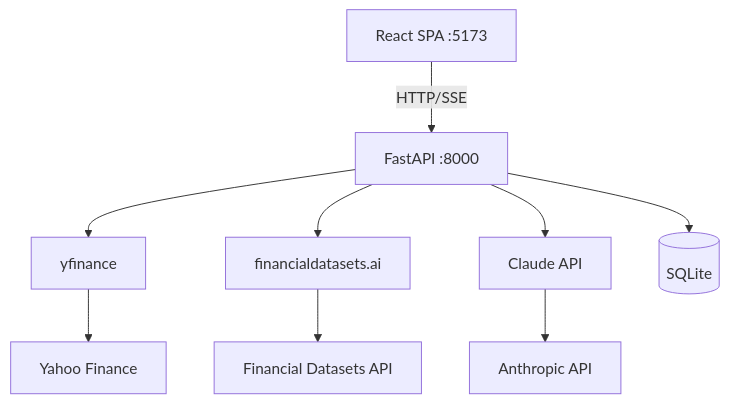
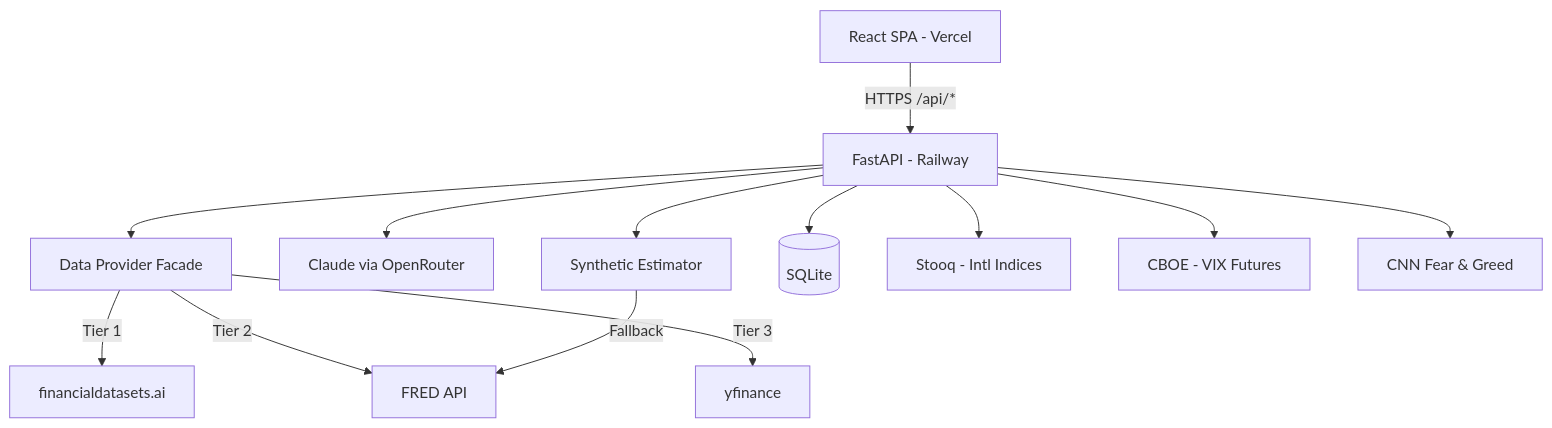
Before and after one commit to keez97/alpha-desk: the diagram in .context/architecture.md, drawn with Mermaid. The commit also changed other lines of this file and 8 other files, not shown here.

````diff
--- a/.context/architecture.md
+++ b/.context/architecture.md
@@ -4,12 +4,19 @@
 ```mermaid
 graph TD
-    Browser[React SPA :5173] -->|HTTP/SSE| API[FastAPI :8000]
-    API --> YF[yfinance]
-    API --> FDS[financialdatasets.ai]
-    API --> Claude[Claude API]
-    API --> DB[(SQLite)]
+    Browser[React SPA - Vercel] -->|HTTPS /api/*| Railway[FastAPI - Railway]
 
-    YF --> Markets[Yahoo Finance]
-    FDS --> FinData[Financial Datasets API]
-    Claude --> Anthropic[Anthropic API]
+    Railway --> DP[Data Provider Facade]
+    Railway --> Claude[Claude via OpenRouter]
+    Railway --> SE[Synthetic Estimator]
+    Railway --> DB[(SQLite)]
+
+    DP -->|Tier 1| FDS[financialdatasets.ai]
+    DP -->|Tier 2| FRED[FRED API]
+    DP -->|Tier 3| YF[yfinance]
+
+    Railway --> Stooq[Stooq - Intl Indices]
+    Railway --> CBOE[CBOE - VIX Futures]
+    Railway --> CNN[CNN Fear & Greed]
+
+    SE -->|Fallback| FRED
 ```
````
